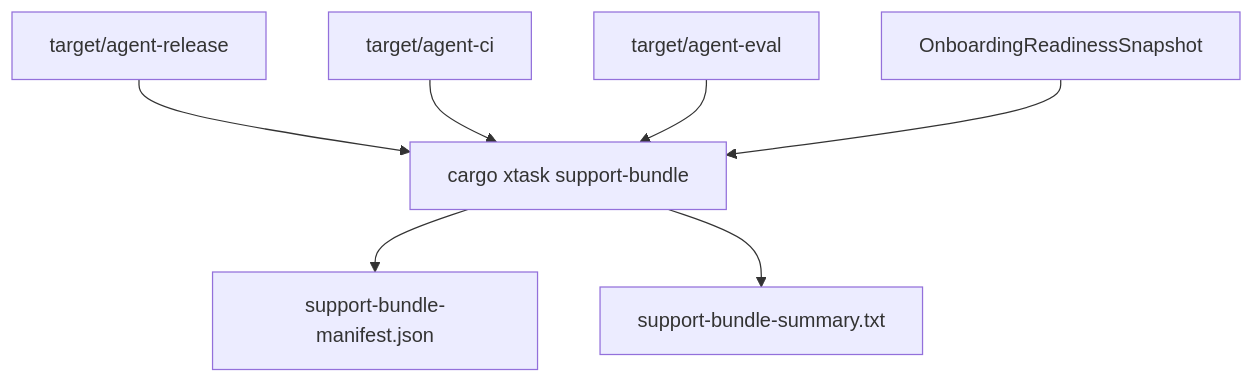
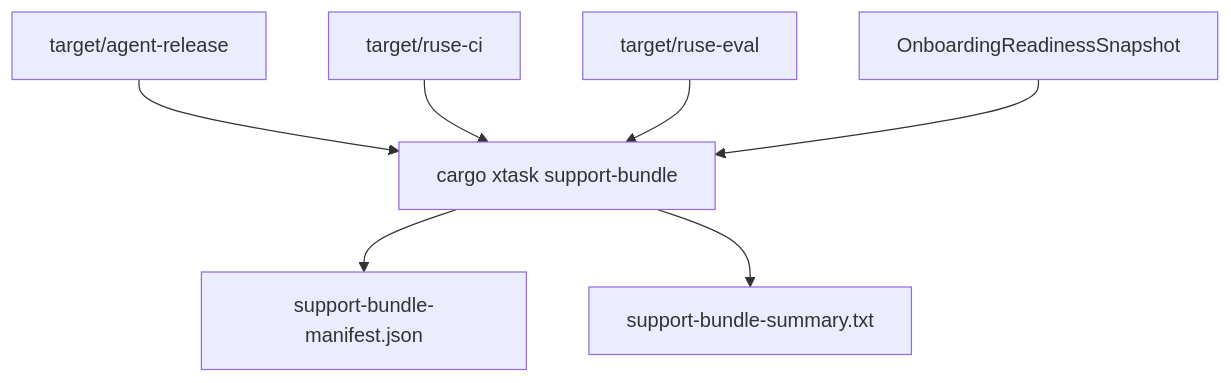
The diagram in docs/specs/M65-05-support-bundle-release-evidence.spec.md (poneding/agent), drawn with Mermaid before and after one commit. The commit also changed 2091 other files, not shown here.

First line of the commit message:
refactor: rename agent branding to ruse

````diff
--- a/docs/specs/M65-05-support-bundle-release-evidence.spec.md
+++ b/docs/specs/M65-05-support-bundle-release-evidence.spec.md
@@ -32,9 +32,9 @@
 ```mermaid
 flowchart TD
   Xtask["cargo xtask support-bundle"] --> Manifest["support-bundle-manifest.json"]
   Xtask --> Summary["support-bundle-summary.txt"]
   Release["target/agent-release"] --> Xtask
-  Quality["target/agent-ci"] --> Xtask
-  Eval["target/agent-eval"] --> Xtask
+  Quality["target/ruse-ci"] --> Xtask
+  Eval["target/ruse-eval"] --> Xtask
   Onboarding["OnboardingReadinessSnapshot"] --> Xtask
 ```
````
